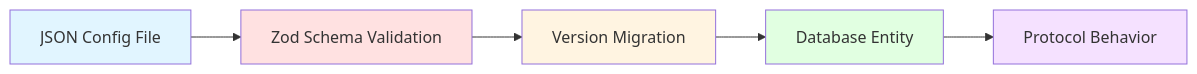
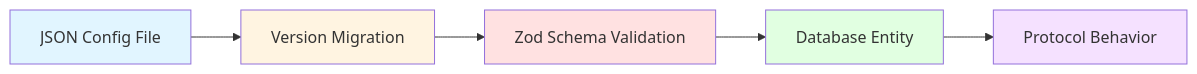
One commit to Cypher-CP0/eudiplo changed the first of 2 diagrams in apps/docs/docs/architecture/configuration-model.md. Above: the diagram before and after it, drawn with Mermaid. The commit also changed other lines of this file and 1 other file, not shown here.

First line of the commit message:
docs(architecture): correct storage and configuration model pages (#1093)

````diff
--- a/apps/docs/docs/architecture/configuration-model.md
+++ b/apps/docs/docs/architecture/configuration-model.md
@@ -15,13 +15,13 @@
 ```mermaid
 flowchart LR
-    JSON[JSON Config File] --> Schema[Zod Schema Validation]
-    Schema --> Migration[Version Migration]
-    Migration --> DB[Database Entity]
+    JSON[JSON Config File] --> Migration[Version Migration]
+    Migration --> Schema[Zod Schema Validation]
+    Schema --> DB[Database Entity]
     DB --> Runtime[Protocol Behavior]
 
     style JSON fill:#e1f5ff
     style Schema fill:#ffe1e1
     style Migration fill:#fff4e1
     style DB fill:#e1ffe1
     style Runtime fill:#f5e1ff
 ```
````
